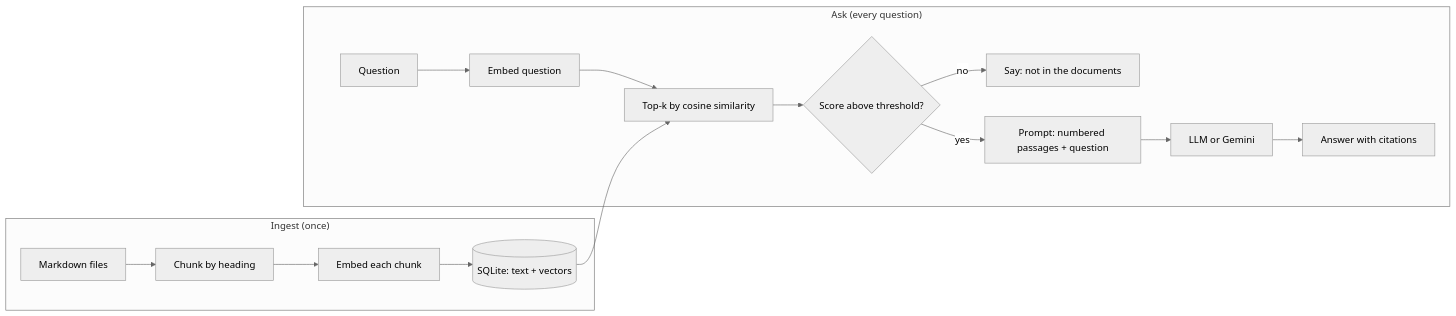
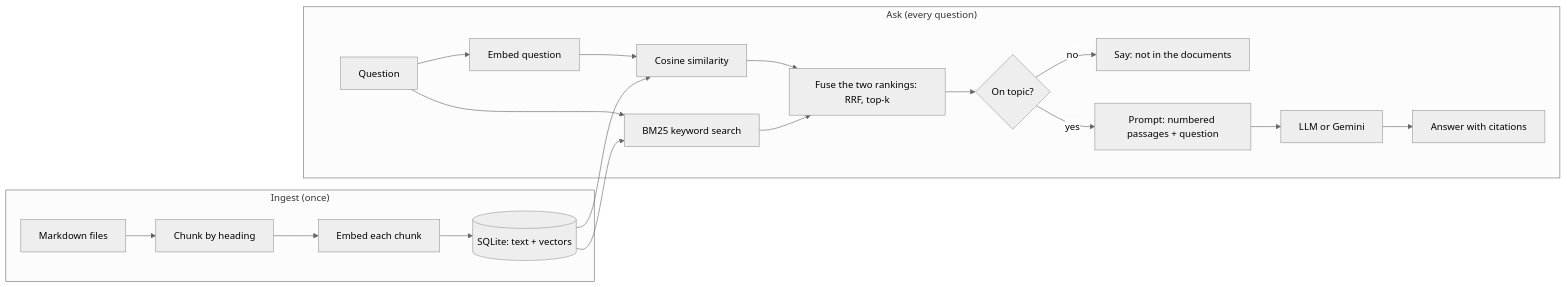
Before and after one commit to andriarezki/rag-demo: the diagram in README.md, drawn with Mermaid (neutral theme). The commit also changed other lines of this file and 14 other files, not shown here.

First line of the commit message:
Add keyword search (BM25) and hybrid ranking with Reciprocal Rank Fusion

````diff
--- a/README.md
+++ b/README.md
@@ -17,18 +17,22 @@
 ```mermaid
 flowchart LR
   subgraph Ingest["Ingest (once)"]
     D[Markdown files] --> C[Chunk by heading]
     C --> E1[Embed each chunk]
     E1 --> S[(SQLite: text + vectors)]
   end
   subgraph Ask["Ask (every question)"]
     Q[Question] --> E2[Embed question]
-    E2 --> R[Top-k by cosine similarity]
-    S --> R
-    R --> T{Score above threshold?}
+    Q --> K[BM25 keyword search]
+    E2 --> V[Cosine similarity]
+    S --> V
+    S --> K
+    V --> R[Fuse the two rankings: RRF, top-k]
+    K --> R
+    R --> T{On topic?}
     T -- no --> N[Say: not in the documents]
     T -- yes --> P[Prompt: numbered passages + question]
     P --> L[LLM or Gemini]
     L --> A[Answer with citations]
   end
 ```
````
